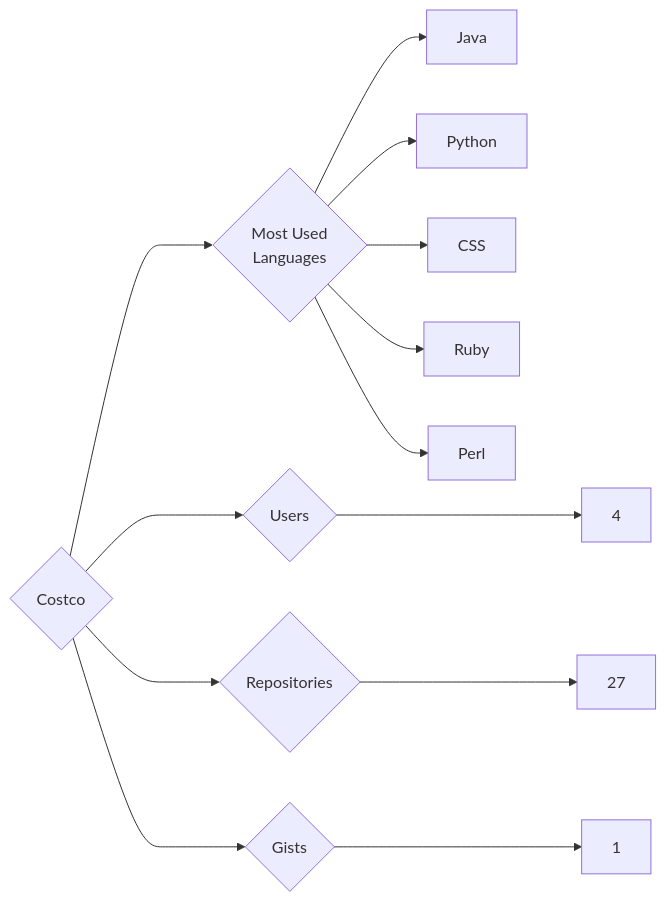
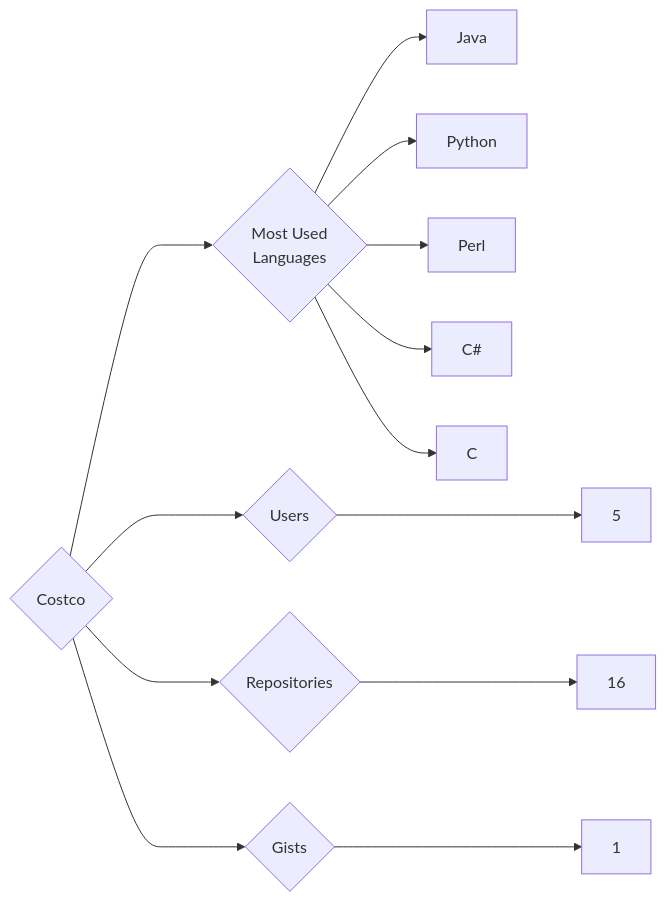
The diagram in targets/Costco/README.md (trickest/insiders), drawn with Mermaid before and after one commit. The commit also changed 1055 other files, not shown here.

````diff
--- a/targets/Costco/README.md
+++ b/targets/Costco/README.md
@@ -3,13 +3,13 @@
 ```mermaid
 graph LR
 COMPANY_NAME{Costco}
-COMPANY_NAME ---> U{Users} ---> UN[4]
-COMPANY_NAME ---> R{Repositories} ---> RN[27]
+COMPANY_NAME ---> U{Users} ---> UN[5]
+COMPANY_NAME ---> R{Repositories} ---> RN[16]
 COMPANY_NAME ---> G{Gists} ---> GN[1]
 COMPANY_NAME ---> ML{Most Used<br>Languages}
 ML --> Java[Java]
 ML --> Python[Python]
-ML --> CSS[CSS]
-ML --> Ruby[Ruby]
 ML --> Perl[Perl]
+ML --> C#[C#]
+ML --> C[C]
 ```
````
